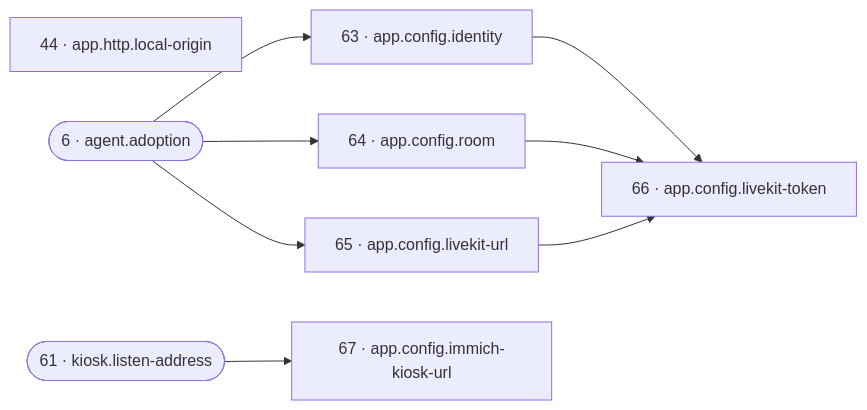
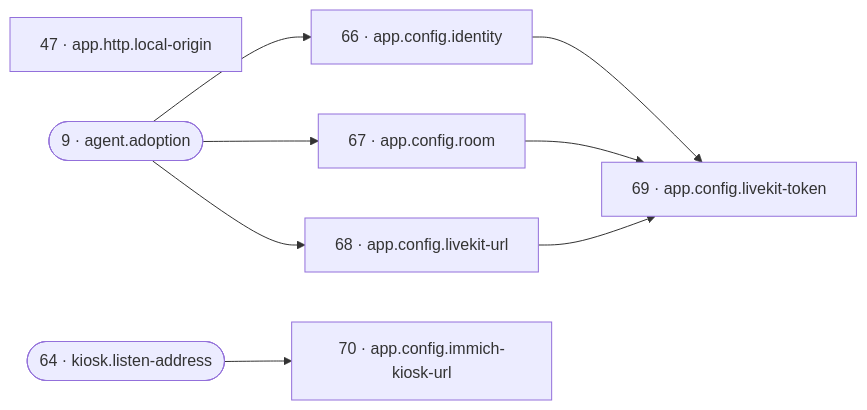
Before and after one commit to SixFive7/FrameLink: diagram 14 of 21 in reference/reconcile-dag.md, drawn with Mermaid. The commit also changed other lines of this file and 12 other files, not shown here.

````diff
--- a/reference/reconcile-dag.md
+++ b/reference/reconcile-dag.md
@@ -413,18 +422,18 @@
 ```mermaid
 flowchart LR
-  r44["44 · app.http.local-origin"]
-  r63["63 · app.config.identity"]
-  r64["64 · app.config.room"]
-  r65["65 · app.config.livekit-url"]
-  r66["66 · app.config.livekit-token"]
-  r67["67 · app.config.immich-kiosk-url"]
-  r6(["6 · agent.adoption"])
-  r61(["61 · kiosk.listen-address"])
-  r6 --> r63
-  r6 --> r64
-  r6 --> r65
-  r63 --> r66
-  r64 --> r66
-  r65 --> r66
-  r61 --> r67
+  r47["47 · app.http.local-origin"]
+  r66["66 · app.config.identity"]
+  r67["67 · app.config.room"]
+  r68["68 · app.config.livekit-url"]
+  r69["69 · app.config.livekit-token"]
+  r70["70 · app.config.immich-kiosk-url"]
+  r9(["9 · agent.adoption"])
+  r64(["64 · kiosk.listen-address"])
+  r9 --> r66
+  r9 --> r67
+  r9 --> r68
+  r66 --> r69
+  r67 --> r69
+  r68 --> r69
+  r64 --> r70
 ```
````
